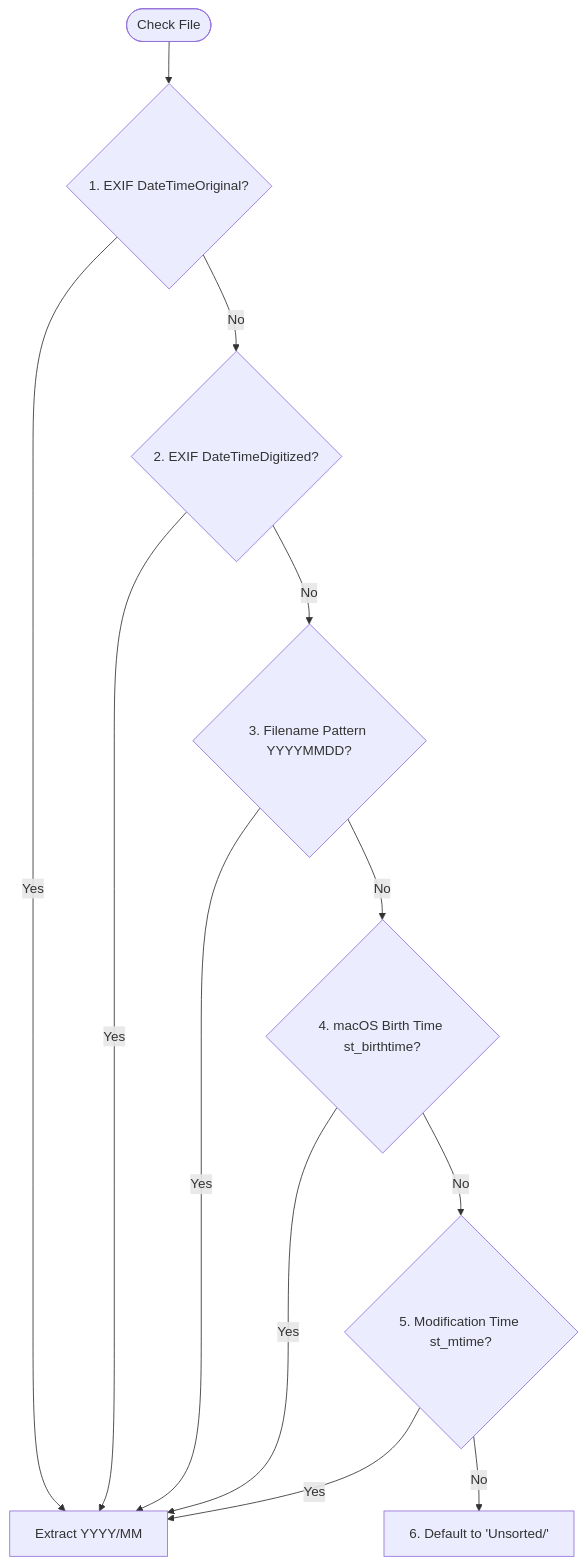
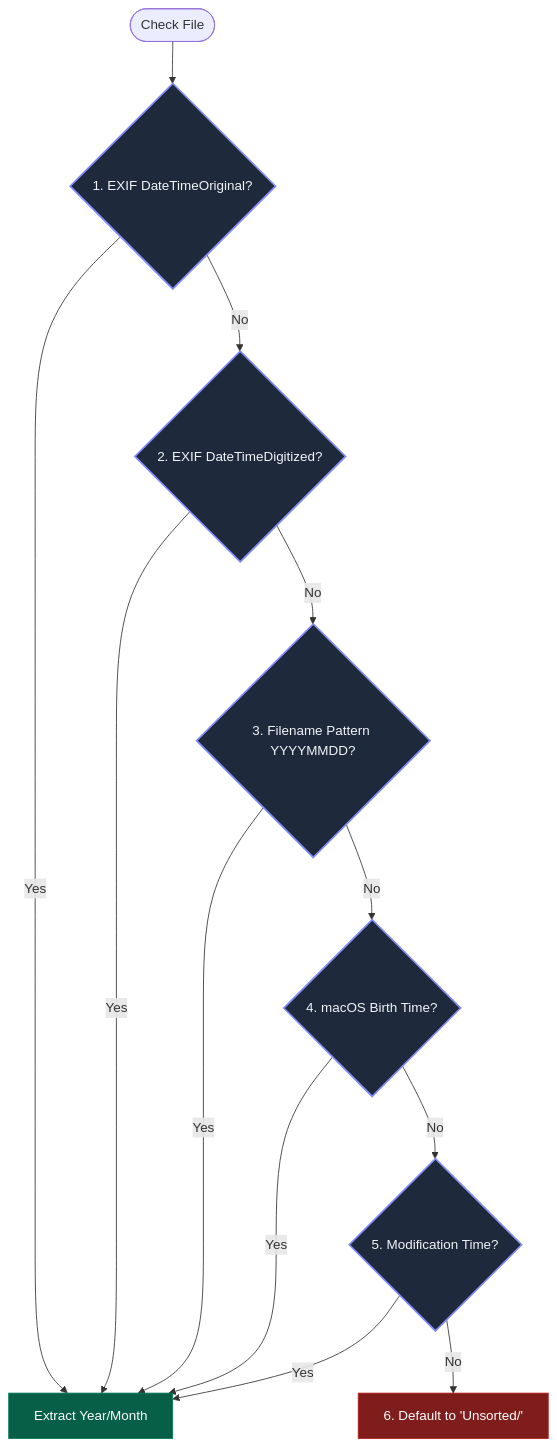
Before and after one commit to itspgiri/hdd-organiser: the third of 7 diagrams in concept_design.md, drawn with Mermaid. The commit also changed other lines of this file and 1236 other files, not shown here.

````diff
--- a/concept_design.md
+++ b/concept_design.md
@@ -55,18 +136,23 @@
 ```mermaid
 flowchart TD
-    Start([Check File]) --> Layer1{1. EXIF DateTimeOriginal?}
-    Layer1 -- Yes --> Extract[Extract YYYY/MM]
-    Layer1 -- No --> Layer2{2. EXIF DateTimeDigitized?}
+    classDef startEnd fill:#4f46e5,stroke:#312e81,stroke-width:2px,color:#fff;
+    classDef layer fill:#1e293b,stroke:#818cf8,stroke-width:2px,color:#f1f5f9;
+    classDef success fill:#065f46,stroke:#047857,stroke-width:1px,color:#fff;
+    classDef fallback fill:#7f1d1d,stroke:#b91c1c,stroke-width:1px,color:#fff;
+
+    Start(["Check File"]) --> L1{"1. EXIF DateTimeOriginal?"}:::layer
+    L1 -- Yes --> Success["Extract Year/Month"]:::success
+    L1 -- No --> L2{"2. EXIF DateTimeDigitized?"}:::layer
     
-    Layer2 -- Yes --> Extract
-    Layer2 -- No --> Layer3{3. Filename Pattern YYYYMMDD?}
+    L2 -- Yes --> Success
+    L2 -- No --> L3{"3. Filename Pattern YYYYMMDD?"}:::layer
     
-    Layer3 -- Yes --> Extract
-    Layer3 -- No --> Layer4{4. macOS Birth Time st_birthtime?}
+    L3 -- Yes --> Success
+    L3 -- No --> L4{"4. macOS Birth Time?"}:::layer
     
-    Layer4 -- Yes --> Extract
-    Layer4 -- No --> Layer5{5. Modification Time st_mtime?}
+    L4 -- Yes --> Success
+    L4 -- No --> L5{"5. Modification Time?"}:::layer
     
-    Layer5 -- Yes --> Extract
-    Layer5 -- No --> Layer6[6. Default to 'Unsorted/']
+    L5 -- Yes --> Success
+    L5 -- No --> L6["6. Default to 'Unsorted/'"]:::fallback
 ```
````
